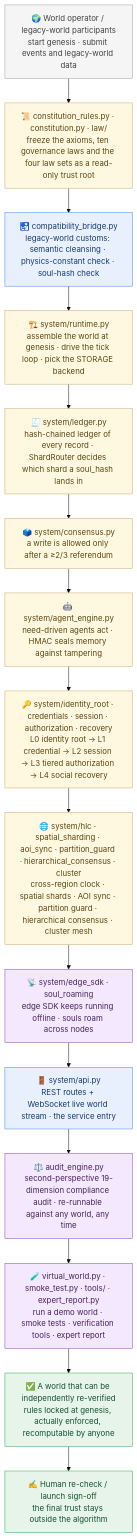
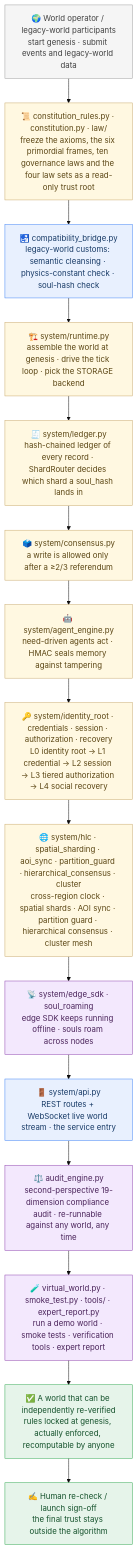
One commit to nohn3043-arch/Second-Reality changed the diagram in README.md. Above: the diagram before and after it, drawn with Mermaid (base theme). The commit also changed other lines of this file and 11 other files, not shown here.

First line of the commit message:
feat(frames)+docs: land primordial frames across constitution/runtime/ledger and refresh docs

````diff
--- a/README.md
+++ b/README.md
@@ -98,58 +99,58 @@
 ```mermaid
 flowchart TB
     UP["🌍 World operator / legacy-world participants<br/>start genesis · submit events and legacy-world data"]
 
-    RULES["📜 constitution_rules.py · constitution.py · law/<br/>freeze the axioms, ten governance laws and the four law sets as a read-only trust root"]
+    RULES["📜 constitution_rules.py · constitution.py · law/<br/>freeze the axioms, the six primordial frames, ten governance laws and the four law sets as a read-only trust root"]
 
     BRIDGE["🛃 compatibility_bridge.py<br/>legacy-world customs: semantic cleansing · physics-constant check · soul-hash check"]
 
     RT["🏗️ system/runtime.py<br/>assemble the world at genesis · drive the tick loop · pick the STORAGE backend"]
 
     LEDGER["🧾 system/ledger.py<br/>hash-chained ledger of every record · ShardRouter decides which shard a soul_hash lands in"]
 
     CONSENSUS["🗳️ system/consensus.py<br/>a write is allowed only after a ≥2/3 referendum"]
 
     AGENT["🤖 system/agent_engine.py<br/>need-driven agents act · HMAC seals memory against tampering"]
 
     IDENTITY["🔑 system/identity_root · credentials · session · authorization · recovery<br/>L0 identity root → L1 credential → L2 session → L3 tiered authorization → L4 social recovery"]
 
     GEO["🌐 system/hlc · spatial_sharding · aoi_sync · partition_guard · hierarchical_consensus · cluster<br/>cross-region clock · spatial shards · AOI sync · partition guard · hierarchical consensus · cluster mesh"]
 
     EDGE["📡 system/edge_sdk · soul_roaming<br/>edge SDK keeps running offline · souls roam across nodes"]
 
     API["🚪 system/api.py<br/>REST routes + WebSocket live world stream · the service entry"]
 
     AUDIT["⚖️ audit_engine.py<br/>second-perspective 19-dimension compliance audit · re-runnable against any world, any time"]
 
     DEMO["🧪 virtual_world.py · smoke_test.py · tools/ · expert_report.py<br/>run a demo world · smoke tests · verification tools · expert report"]
 
     OUT["✅ A world that can be independently re-verified<br/>rules locked at genesis, actually enforced, recomputable by anyone"]
 
     HUMAN["✍️ Human re-check / launch sign-off<br/>the final trust stays outside the algorithm"]
 
     UP --> RULES
     RULES --> BRIDGE
     BRIDGE --> RT
     RT --> LEDGER
     LEDGER --> CONSENSUS
     CONSENSUS --> AGENT
     AGENT --> IDENTITY
     IDENTITY --> GEO
     GEO --> EDGE
     EDGE --> API
     API --> AUDIT
     AUDIT --> DEMO
     DEMO --> OUT
     OUT --> HUMAN
 
     classDef cUp fill:#F5F5F5,stroke:#9E9E9E,stroke-width:1px,color:#424242
     classDef cIn fill:#E8F0FE,stroke:#4285F4,stroke-width:1px,color:#173A66
     classDef cCore fill:#FFF8E1,stroke:#C9A96E,stroke-width:1px,color:#5B4614
     classDef cSide fill:#F3E8FD,stroke:#8E44AD,stroke-width:1px,color:#4A235A
     classDef cOut fill:#E6F4EA,stroke:#34A853,stroke-width:1px,color:#14512B
     class UP cUp
     class BRIDGE,API cIn
     class RULES,RT,LEDGER,CONSENSUS,AGENT,IDENTITY,GEO cCore
     class EDGE,AUDIT,DEMO cSide
     class OUT,HUMAN cOut
 ```
````
